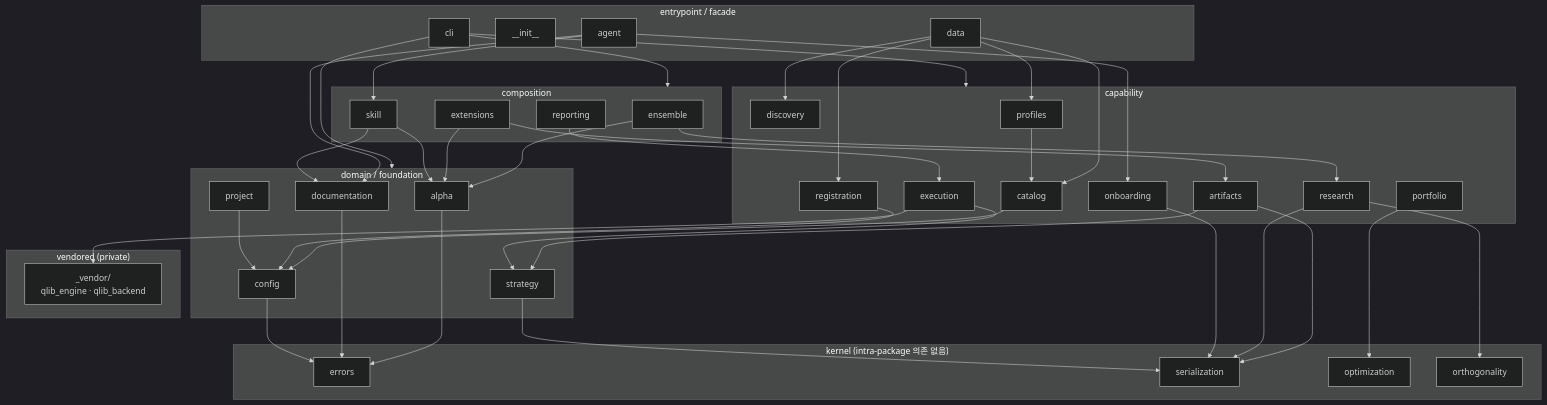
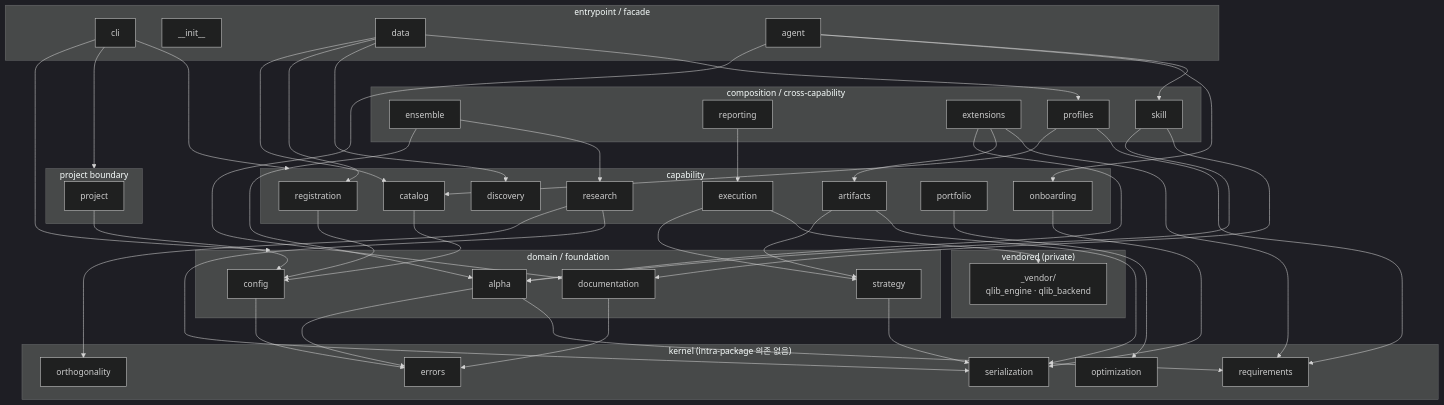
Before and after one commit to jaepil-choi/qlibx: the second of 13 diagrams in docs/qlibx-architecture.md, drawn with Mermaid (dark theme). The commit also changed other lines of this file and 23 other files, not shown here.

````diff
--- a/docs/qlibx-architecture.md
+++ b/docs/qlibx-architecture.md
@@ -85,24 +85,24 @@
 ```mermaid
 flowchart TD
-    subgraph L4["entrypoint / facade"]
+    subgraph L5["entrypoint / facade"]
         cli["cli"]
         init["__init__"]
         dataf["data"]
         agentf["agent"]
     end
 
-    subgraph L3["composition"]
+    subgraph L4["composition / cross-capability"]
         ensemble["ensemble"]
         reporting["reporting"]
         extensions["extensions"]
         skill["skill"]
+        profiles["profiles"]
     end
 
-    subgraph L2["capability"]
+    subgraph L3["capability"]
         catalog["catalog"]
         registration["registration"]
         discovery["discovery"]
-        profiles["profiles"]
         artifacts["artifacts"]
         research["research"]
         execution["execution"]
@@ -110,16 +110,20 @@
         onboarding["onboarding"]
     end
 
+    subgraph L2["project boundary"]
+        project["project"]
+    end
+
     subgraph L1["domain / foundation"]
         alpha["alpha"]
         strategy["strategy"]
         documentation["documentation"]
-        project["project"]
         config["config"]
     end
 
     subgraph L0["kernel (intra-package 의존 없음)"]
         errors["errors"]
+        requirements["requirements"]
         serialization["serialization"]
         optimization["optimization"]
         orthogonality["orthogonality"]
@@ -145,11 +149,13 @@
     reporting --> execution
     extensions --> alpha
     extensions --> artifacts
+    extensions --> requirements
     skill --> alpha
     skill --> documentation
 
     catalog --> config
     profiles --> catalog
+    profiles --> requirements
     registration --> config
     artifacts --> strategy
     artifacts --> serialization
@@ -161,6 +167,7 @@
     onboarding --> serialization
 
     alpha --> errors
+    alpha --> requirements
     strategy --> serialization
     documentation --> errors
     project --> config
````
